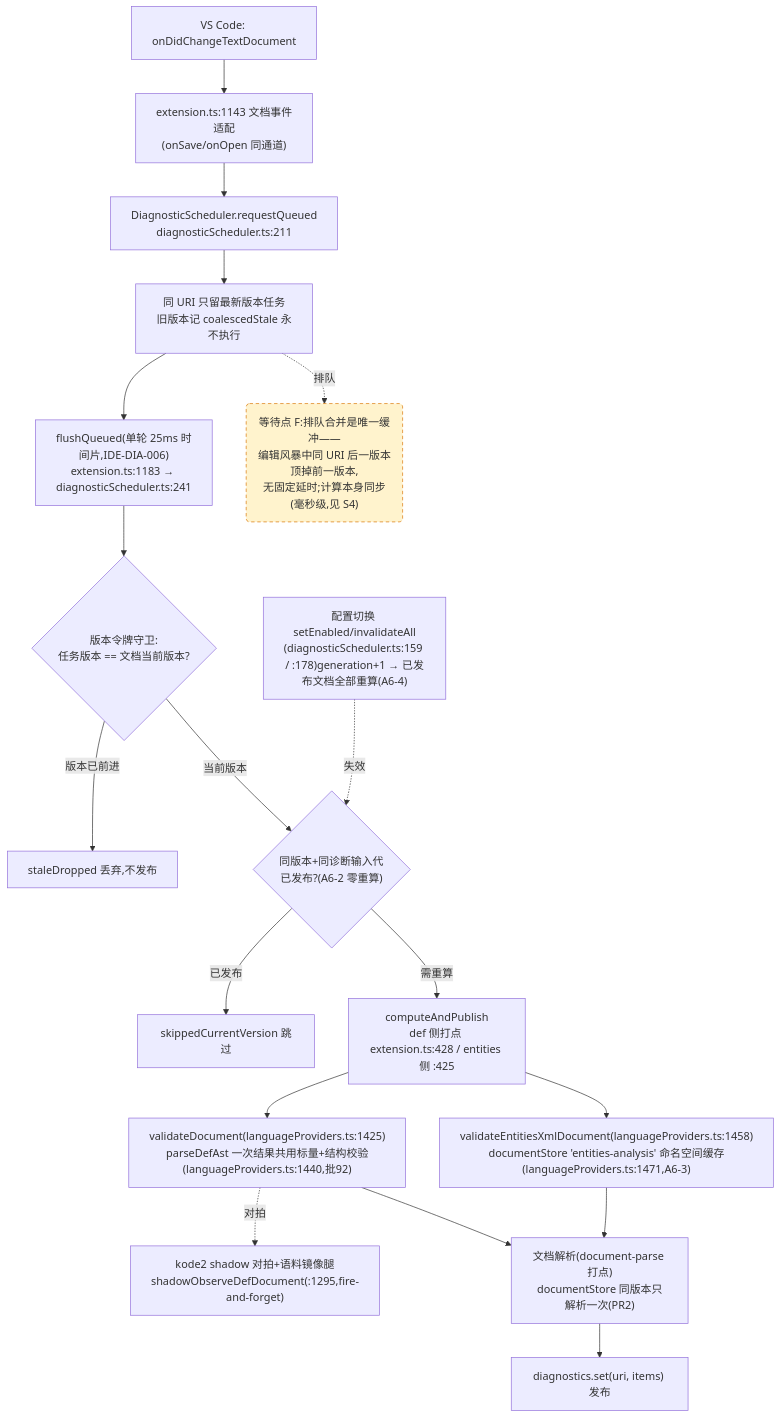
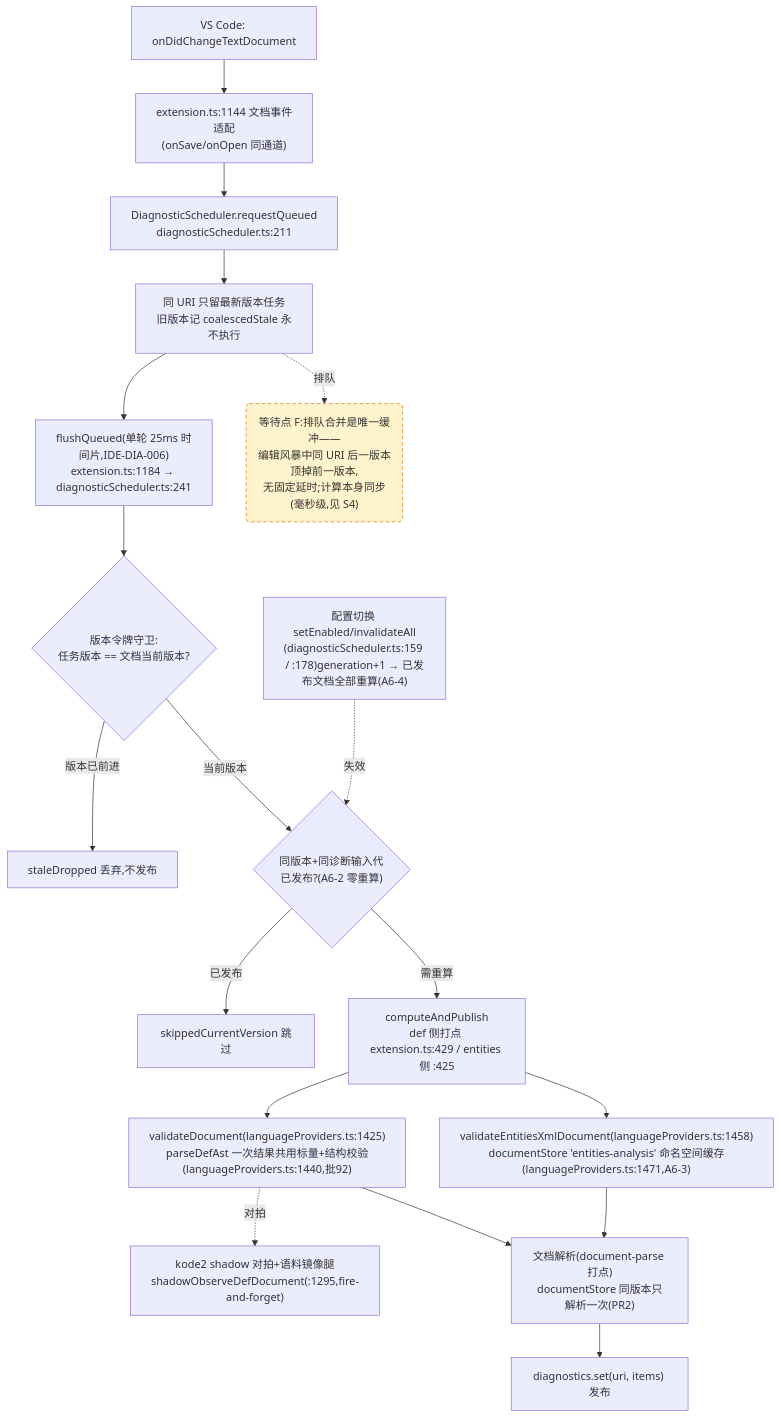
One commit to cuihairu/kode changed the fourth of 4 diagrams in docs/perf/2026-baseline.md. Above: the diagram before and after it, drawn with Mermaid. The commit also changed other lines of this file and 10 other files, not shown here.

````diff
--- a/docs/perf/2026-baseline.md
+++ b/docs/perf/2026-baseline.md
@@ -214,38 +214,38 @@
 ```mermaid
 flowchart TD
   CHG["VS Code: onDidChangeTextDocument"]
-  WATCH["extension.ts:1143 文档事件适配<br/>(onSave/onOpen 同通道)"]
+  WATCH["extension.ts:1144 文档事件适配<br/>(onSave/onOpen 同通道)"]
   RQ["DiagnosticScheduler.requestQueued<br/>diagnosticScheduler.ts:211"]
   CO["同 URI 只留最新版本任务<br/>旧版本记 coalescedStale 永不执行"]
-  FL["flushQueued(单轮 25ms 时间片,IDE-DIA-006)<br/>extension.ts:1183 → diagnosticScheduler.ts:241"]
+  FL["flushQueued(单轮 25ms 时间片,IDE-DIA-006)<br/>extension.ts:1184 → diagnosticScheduler.ts:241"]
   VG{"版本令牌守卫:<br/>任务版本 == 文档当前版本?"}
   DROP["staleDropped 丢弃,不发布"]
   GEN{"同版本+同诊断输入代<br/>已发布?(A6-2 零重算)"}
   SKIP["skippedCurrentVersion 跳过"]
-  CALC["computeAndPublish<br/>def 侧打点 extension.ts:428 / entities 侧 :425"]
+  CALC["computeAndPublish<br/>def 侧打点 extension.ts:429 / entities 侧 :425"]
   VD["validateDocument(languageProviders.ts:1425)<br/>parseDefAst 一次结果共用标量+结构校验(languageProviders.ts:1440,批92)"]
   VEX["validateEntitiesXmlDocument(languageProviders.ts:1458)<br/>documentStore 'entities-analysis' 命名空间缓存(languageProviders.ts:1471,A6-3)"]
   SHDD["kode2 shadow 对拍+语料镜像腿<br/>shadowObserveDefDocument(:1295,fire-and-forget)"]
   DS["文档解析(document-parse 打点)<br/>documentStore 同版本只解析一次(PR2)"]
   PUB["diagnostics.set(uri, items) 发布"]
   CFG2["配置切换 setEnabled/invalidateAll<br/>(diagnosticScheduler.ts:159 / :178)generation+1 → 已发布文档全部重算(A6-4)"]
 
   CHG --> WATCH --> RQ --> CO --> FL --> VG
   VG -- "版本已前进" --> DROP
   VG -- "当前版本" --> GEN
   GEN -- "已发布" --> SKIP
   GEN -- "需重算" --> CALC
   CALC --> VD
   CALC --> VEX
   VD --> DS
   VEX --> DS
   DS --> PUB
   VD -.->|对拍| SHDD
   CFG2 -.->|失效| GEN
 
   WAITF("等待点 F:排队合并是唯一缓冲——<br/>编辑风暴中同 URI 后一版本顶掉前一版本,<br/>无固定延时;计算本身同步(毫秒级,见 S4)")
   CO -.->|排队| WAITF
 
   classDef waitPoint fill:#fff3cd,stroke:#d97706,stroke-dasharray:5 4;
   class WAITF waitPoint;
 ```
````
